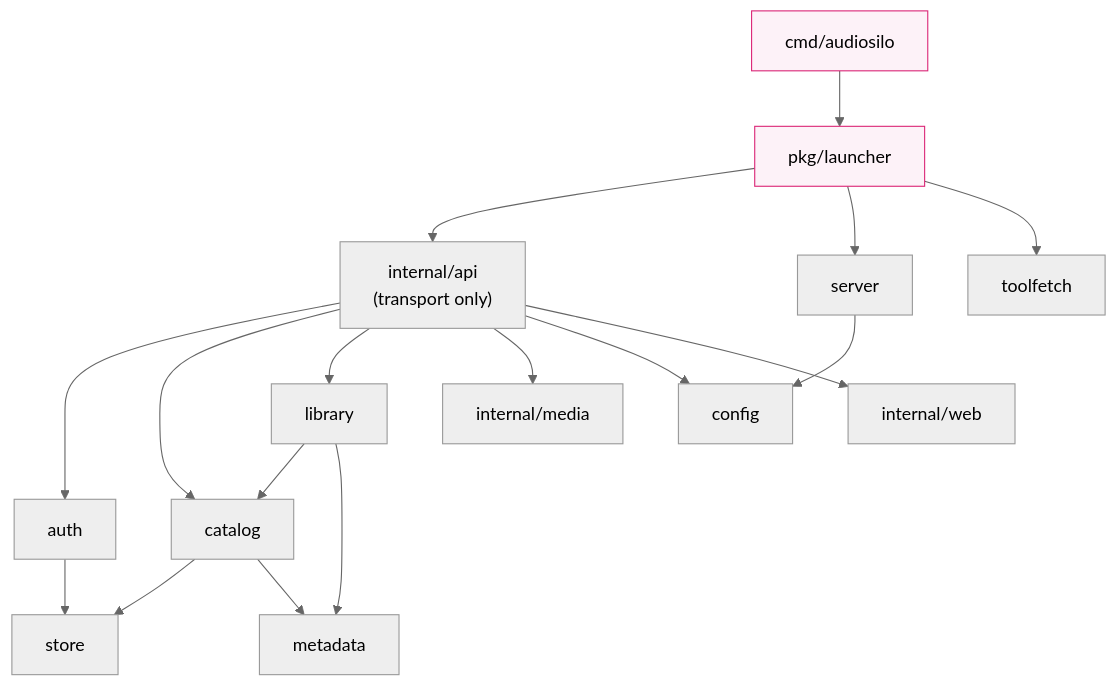
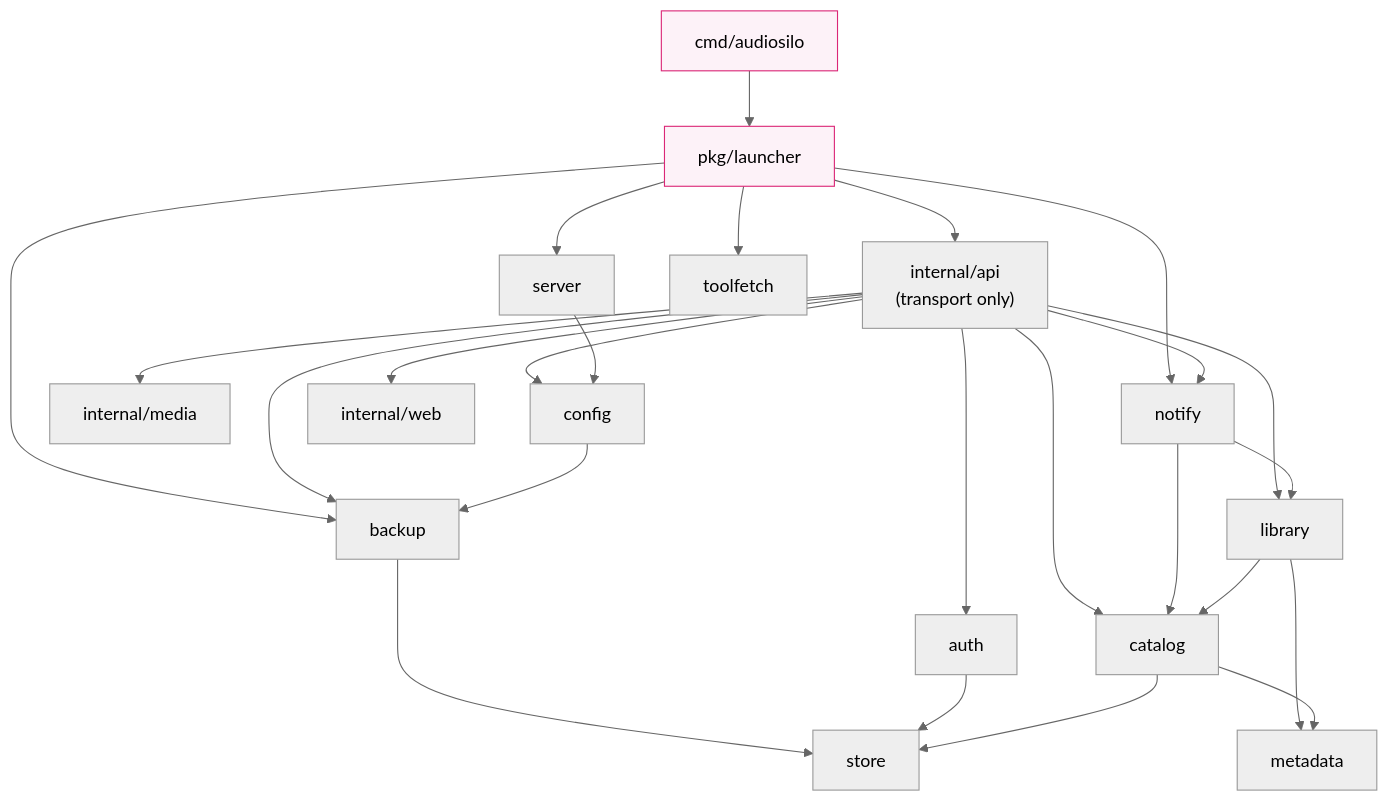
The diagram in docs-developers/server/overview.md (KodeStar/audiosilo-docs), drawn with Mermaid (neutral theme) before and after one commit. The commit also changed other lines of this file and 24 other files, not shown here.

````diff
--- a/docs-developers/server/overview.md
+++ b/docs-developers/server/overview.md
@@ -202,16 +225,19 @@
 ```mermaid
 graph TD
   cmd["cmd/audiosilo"] --> launcher["pkg/launcher"]
-  launcher --> api & server & toolfetch
-  api["internal/api<br/>(transport only)"] --> auth & catalog & library & media & config & web
+  launcher --> api & server & toolfetch & backup & notify
+  api["internal/api<br/>(transport only)"] --> auth & catalog & library & media & config & web & backup & notify
   server --> config
+  config --> backup
+  backup --> store
+  notify --> catalog & library
   library --> catalog & metadata
   auth --> store
   catalog --> store
   catalog --> metadata
   web["internal/web"]
   media["internal/media"]
 
   classDef pub fill:#fdf2f8,stroke:#db2777;
   class launcher,cmd pub;
 ```
````
